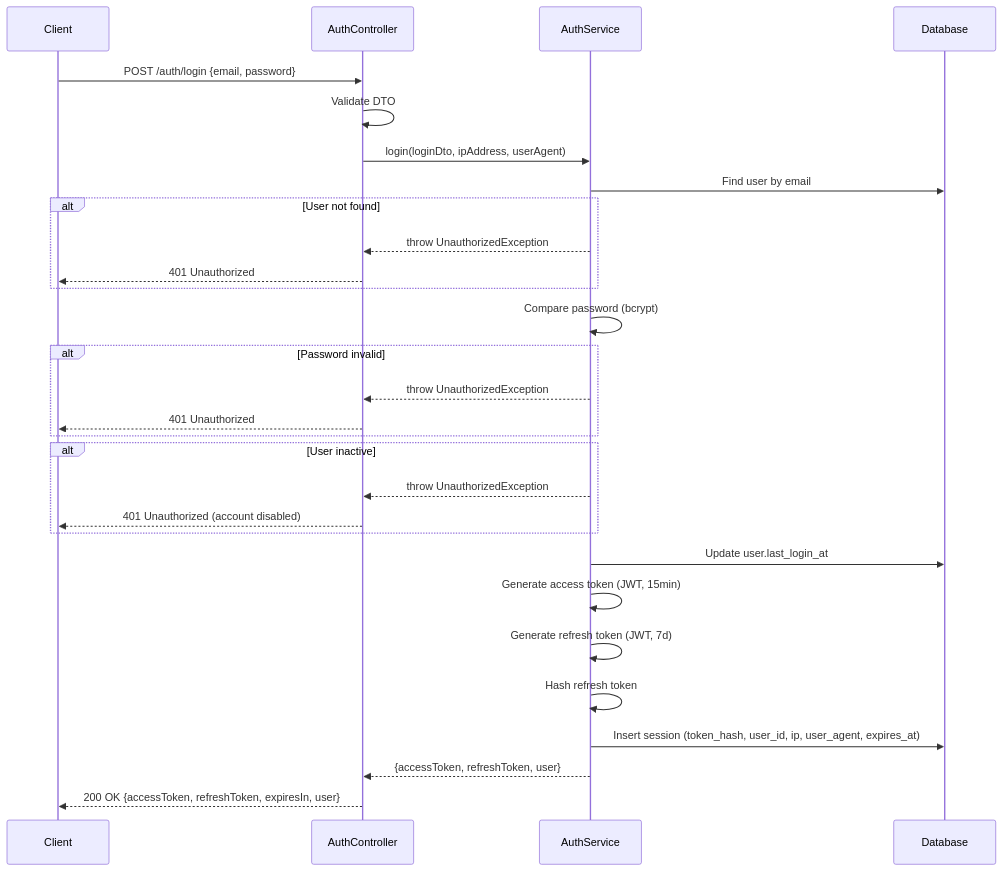
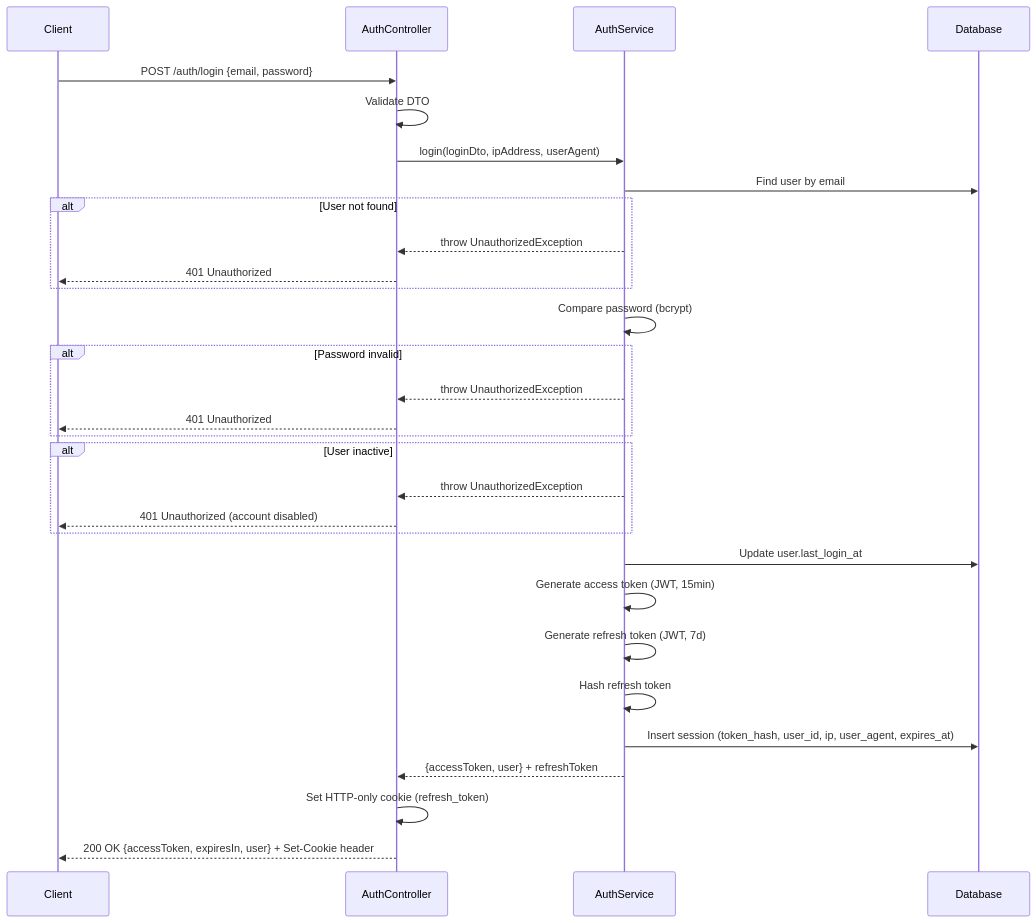
Before and after one commit to LeoChiu1027/cms: the second of 5 diagrams in docs/auth-sequences.md, drawn with Mermaid. The commit also changed other lines of this file and 15 other files, not shown here.

````diff
--- a/docs/auth-sequences.md
+++ b/docs/auth-sequences.md
@@ -39,37 +40,38 @@
 ```mermaid
 sequenceDiagram
     participant C as Client
     participant AC as AuthController
     participant AS as AuthService
     participant DB as Database
 
     C->>AC: POST /auth/login {email, password}
     AC->>AC: Validate DTO
     AC->>AS: login(loginDto, ipAddress, userAgent)
     AS->>DB: Find user by email
 
     alt User not found
         AS-->>AC: throw UnauthorizedException
         AC-->>C: 401 Unauthorized
     end
 
     AS->>AS: Compare password (bcrypt)
 
     alt Password invalid
         AS-->>AC: throw UnauthorizedException
         AC-->>C: 401 Unauthorized
     end
 
     alt User inactive
         AS-->>AC: throw UnauthorizedException
         AC-->>C: 401 Unauthorized (account disabled)
     end
 
     AS->>DB: Update user.last_login_at
     AS->>AS: Generate access token (JWT, 15min)
     AS->>AS: Generate refresh token (JWT, 7d)
     AS->>AS: Hash refresh token
     AS->>DB: Insert session (token_hash, user_id, ip, user_agent, expires_at)
-    AS-->>AC: {accessToken, refreshToken, user}
-    AC-->>C: 200 OK {accessToken, refreshToken, expiresIn, user}
+    AS-->>AC: {accessToken, user} + refreshToken
+    AC->>AC: Set HTTP-only cookie (refresh_token)
+    AC-->>C: 200 OK {accessToken, expiresIn, user} + Set-Cookie header
 ```
````
